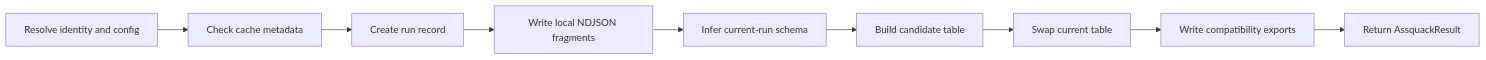
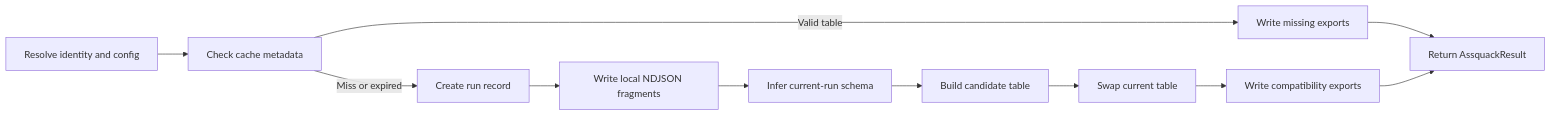
One commit to RFARQ3/assquack changed the diagram in docs/materialization-lifecycle.md. Above: the diagram before and after it, drawn with Mermaid. The commit also changed other lines of this file and 8 other files, not shown here.

First line of the commit message:
fix(cache): retry missing exports without rematerializing valid tables

````diff
--- a/docs/materialization-lifecycle.md
+++ b/docs/materialization-lifecycle.md
@@ -10,11 +10,13 @@
 ```mermaid
 flowchart LR
   Resolve[Resolve identity and config] --> Cache[Check cache metadata]
-  Cache --> Run[Create run record]
+  Cache -->|Miss or expired| Run[Create run record]
+  Cache -->|Valid table| Retry[Write missing exports]
+  Retry --> Result
   Run --> Capture[Write local NDJSON fragments]
   Capture --> Infer[Infer current-run schema]
   Infer --> Candidate[Build candidate table]
   Candidate --> Commit[Swap current table]
   Commit --> Export[Write compatibility exports]
   Export --> Result[Return AssquackResult]
 ```
````
